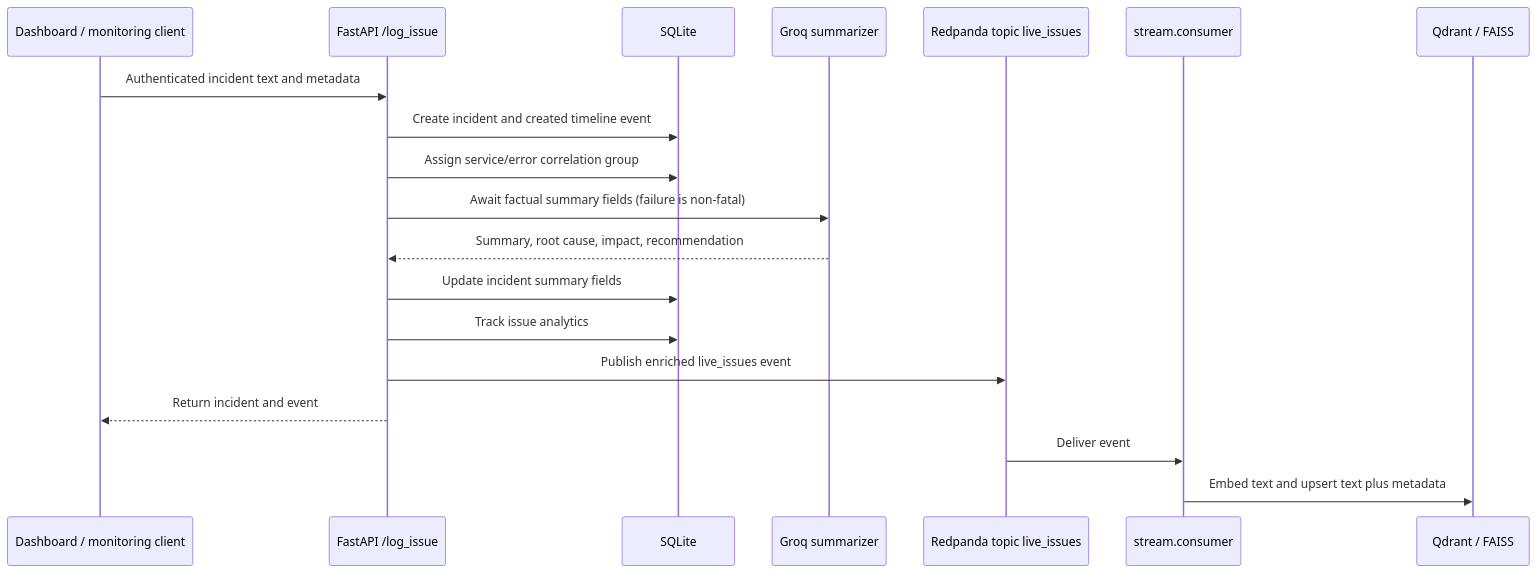
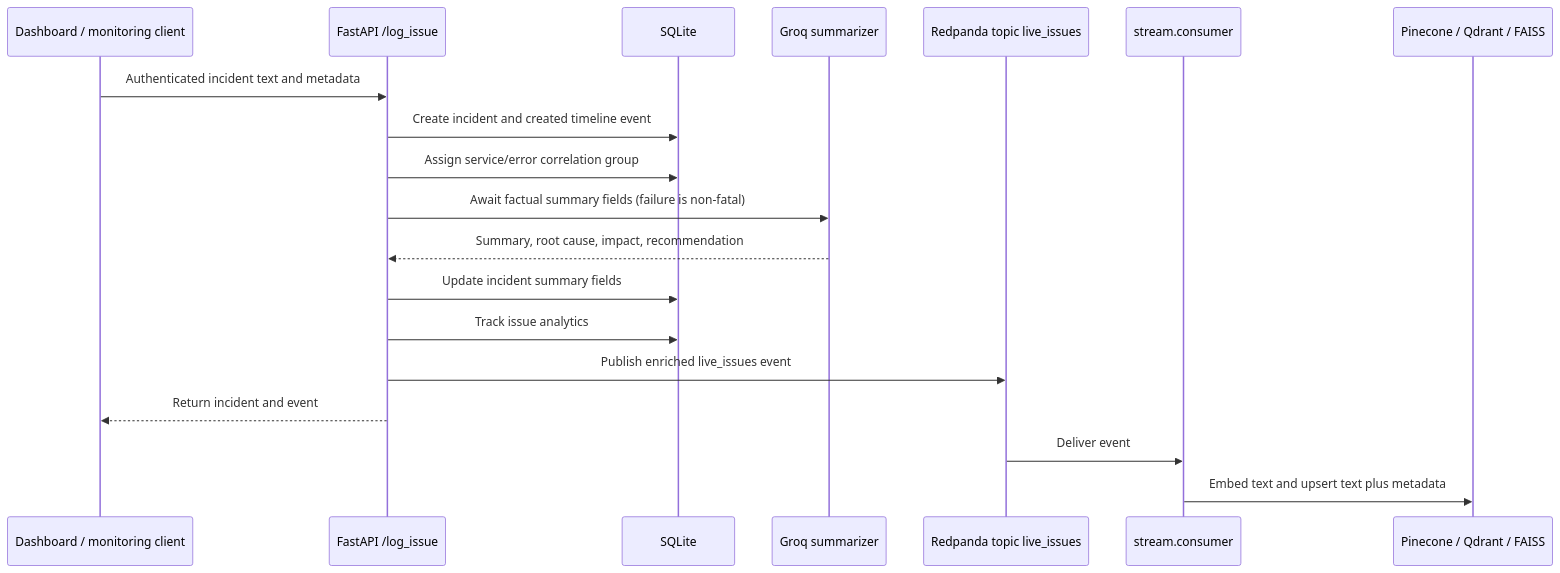
One commit to krishshah122/RealTimerag changed the third of 3 diagrams in docs/retrieval.md. Above: the diagram before and after it, drawn with Mermaid. The commit also changed other lines of this file and 32 other files, not shown here.

````diff
--- a/docs/retrieval.md
+++ b/docs/retrieval.md
@@ -232,22 +232,22 @@
 ```mermaid
 sequenceDiagram
     participant Client as Dashboard / monitoring client
     participant API as FastAPI /log_issue
     participant DB as SQLite
     participant LLM as Groq summarizer
     participant Broker as Redpanda topic live_issues
     participant Worker as stream.consumer
-    participant Store as Qdrant / FAISS
+    participant Store as Pinecone / Qdrant / FAISS
 
     Client->>API: Authenticated incident text and metadata
     API->>DB: Create incident and created timeline event
     API->>DB: Assign service/error correlation group
     API->>LLM: Await factual summary fields (failure is non-fatal)
     LLM-->>API: Summary, root cause, impact, recommendation
     API->>DB: Update incident summary fields
     API->>DB: Track issue analytics
     API->>Broker: Publish enriched live_issues event
     API-->>Client: Return incident and event
     Broker->>Worker: Deliver event
     Worker->>Store: Embed text and upsert text plus metadata
 ```
````
